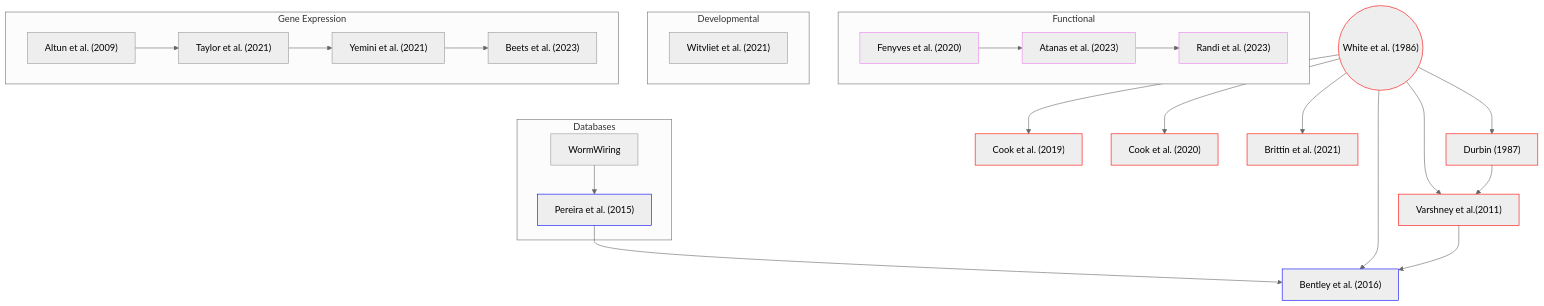
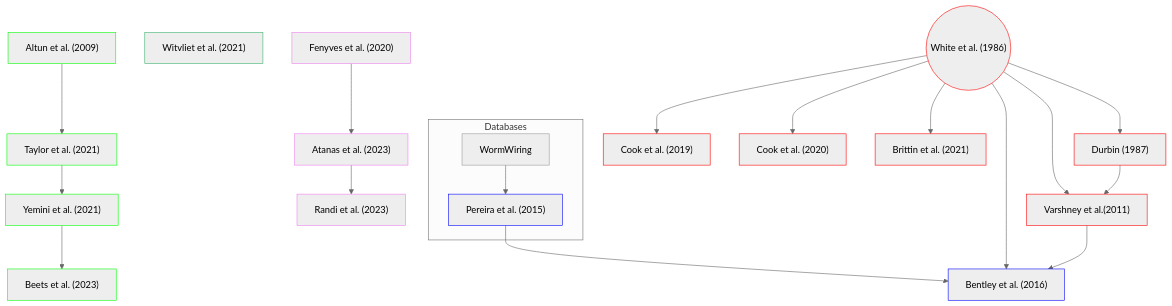
The diagram in README.md (yasinthanvickneswaran/mermaidtest), drawn with Mermaid (neutral theme) before and after one commit.

````diff
--- a/README.md
+++ b/README.md
@@ -1,33 +1,30 @@
 ```mermaid
 flowchart TD
     classDef anat stroke:#f00
     classDef gene stroke:#0f0
     classDef es stroke:#00f
     classDef func stroke:#ee82ee
+    classDef dev stroke:#3cb371
 
-    subgraph Functional
     H["Fenyves et al. (2020)"]:::func --> O["Atanas et al. (2023)"]:::func
-    O --> P["Randi et al. (2023)"]:::func
-    end
-    subgraph Developmental
-    K["Witvliet et al. (2021)"]
-    end
+    O --> P["Randi et al. (2023)"]:::func    
+    K["Witvliet et al. (2021)"]:::dev
     E["Pereira et al. (2015)"]:::es --> F["Bentley et al. (2016)"]:::es
-    subgraph Gene Expression
-    C["Altun et al. (2009)"] --> L["Taylor et al. (2021)"]
-    L --> M["Yemini et al. (2021)"]
-    M --> N["Beets et al. (2023)"]
-    end
+
+    C["Altun et al. (2009)"]:::gene --> L["Taylor et al. (2021)"]:::gene
+    L --> M["Yemini et al. (2021)"]:::gene
+    M --> N["Beets et al. (2023)"]:::gene
+
     A(("White et al. (1986)")):::anat --> B["Durbin (1987)"]:::anat
     classDef anatomical fill:#f93
     A --> D["Varshney et al.(2011)"]:::anat
     B --> D
     A --> G["Cook et al. (2019)"]:::anat
     A --> I["Cook et al. (2020)"]:::anat
     A --> J["Brittin et al. (2021)"]:::anat
     A --> F
     D --> F
     subgraph Databases
     DB1["WormWiring"] --> E
     end
 ```
````
